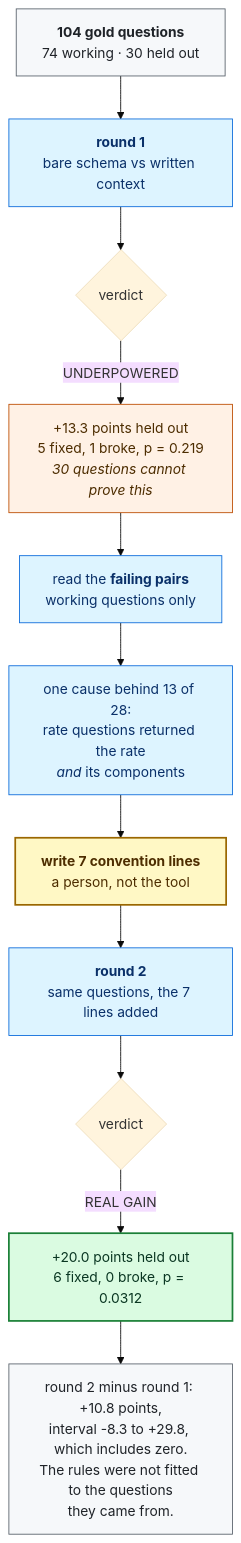
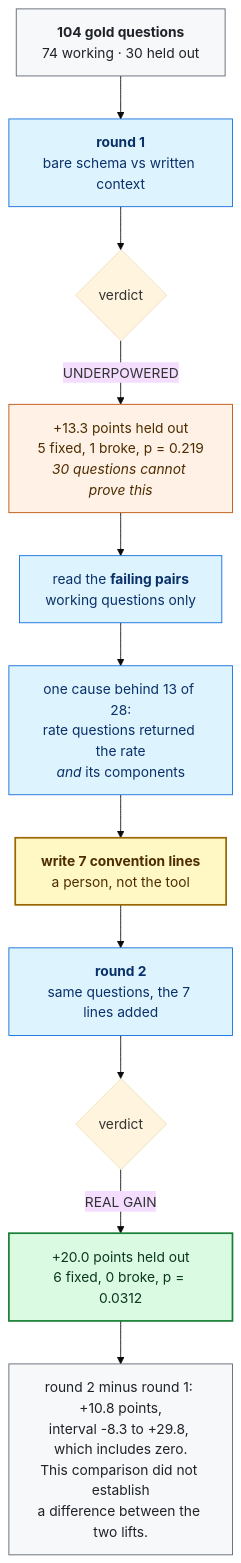
One commit to moutasemalakkad/context-lift changed the diagram in docs/WALKTHROUGH.md. Above: the diagram before and after it, drawn with Mermaid (base theme). The commit also changed other lines of this file and 32 other files, not shown here.

````diff
--- a/docs/WALKTHROUGH.md
+++ b/docs/WALKTHROUGH.md
@@ -12,19 +29,19 @@
 ```mermaid
 flowchart TD
     A["<b>104 gold questions</b><br/>74 working · 30 held out"]:::data
     A --> B["<b>round 1</b><br/>bare schema vs written context"]:::step
     B --> C{verdict}
     C -->|UNDERPOWERED| D["+13.3 points held out<br/>5 fixed, 1 broke, p = 0.219<br/><i>30 questions cannot prove this</i>"]:::weak
     D --> E["read the <b>failing pairs</b><br/>working questions only"]:::step
     E --> F["one cause behind 13 of 28:<br/>rate questions returned the rate<br/><i>and</i> its components"]:::step
     F --> G["<b>write 7 convention lines</b><br/>a person, not the tool"]:::human
     G --> H["<b>round 2</b><br/>same questions, the 7 lines added"]:::step
     H --> I{verdict}
     I -->|REAL GAIN| J["+20.0 points held out<br/>6 fixed, 0 broke, p = 0.0312"]:::good
-    J --> K["round 2 minus round 1: +10.8 points,<br/>interval -8.3 to +29.8, which includes zero.<br/>The rules were not fitted to the questions<br/>they came from."]:::data
+    J --> K["round 2 minus round 1: +10.8 points,<br/>interval -8.3 to +29.8, which includes zero.<br/>This comparison did not establish<br/>a difference between the two lifts."]:::data
     classDef data fill:#f6f8fa,stroke:#57606a,stroke-width:1px,color:#1f2328
     classDef step fill:#ddf4ff,stroke:#0969da,stroke-width:1px,color:#0a3069
     classDef human fill:#fff8c5,stroke:#9a6700,stroke-width:2px,color:#4d2d00
     classDef weak fill:#fff1e5,stroke:#bc4c00,stroke-width:1px,color:#4d2d00
     classDef good fill:#dafbe1,stroke:#1a7f37,stroke-width:2px,color:#0a3622
 ```
````
